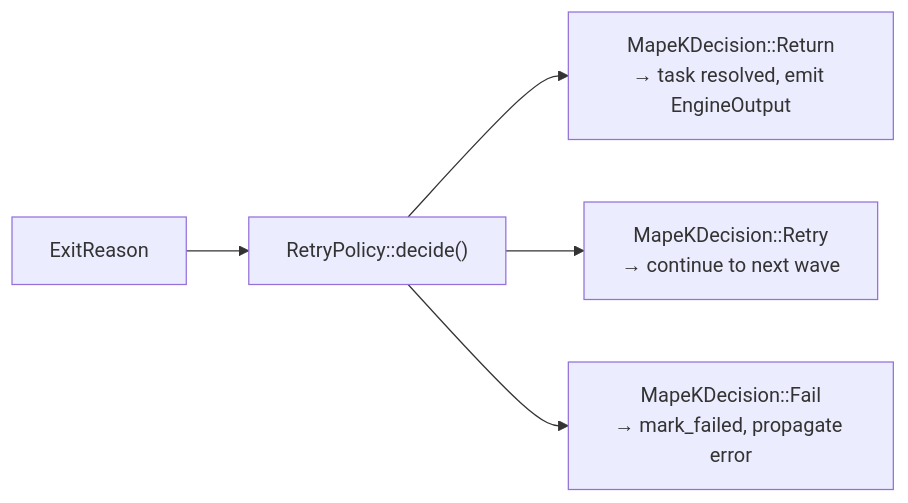
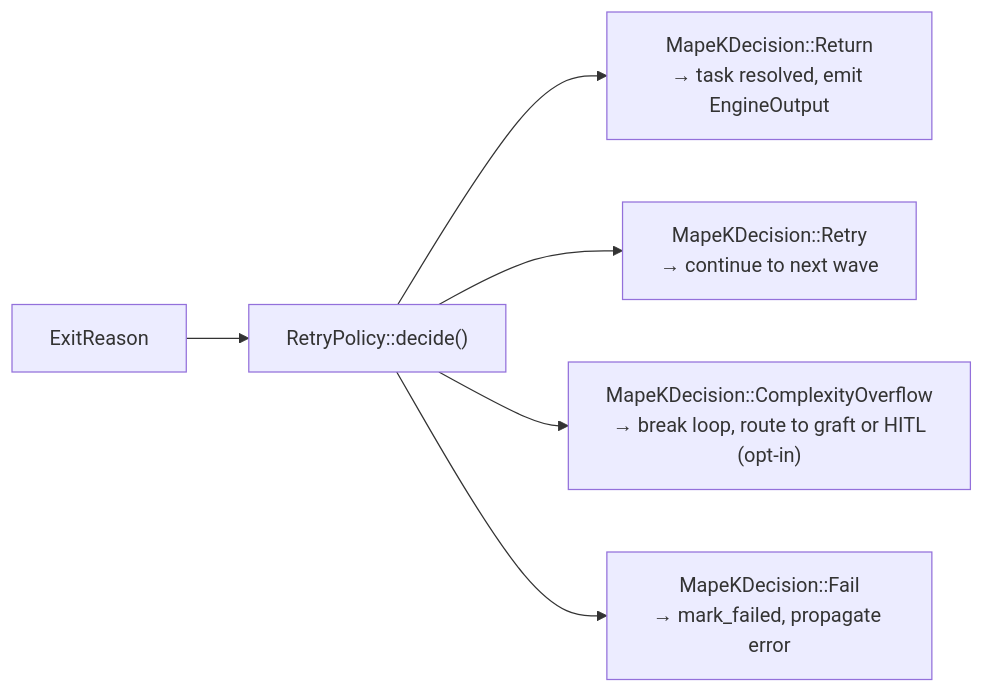
Before and after one commit to immediatus/h2ai-control-plane: the sixth of 19 diagrams in docs/architecture/architecture.md, drawn with Mermaid. The commit also changed other lines of this file and 164 other files, not shown here.

````diff
--- a/docs/architecture/architecture.md
+++ b/docs/architecture/architecture.md
@@ -400,7 +474,8 @@
 ```mermaid
 flowchart LR
     ER[ExitReason] --> RD["RetryPolicy::decide()"]
     RD --> Ret["MapeKDecision::Return\n→ task resolved, emit EngineOutput"]
     RD --> Retry["MapeKDecision::Retry\n→ continue to next wave"]
+    RD --> CO["MapeKDecision::ComplexityOverflow\n→ break loop, route to graft or HITL\n(opt-in)"]
     RD --> Fail["MapeKDecision::Fail\n→ mark_failed, propagate error"]
 ```
````
